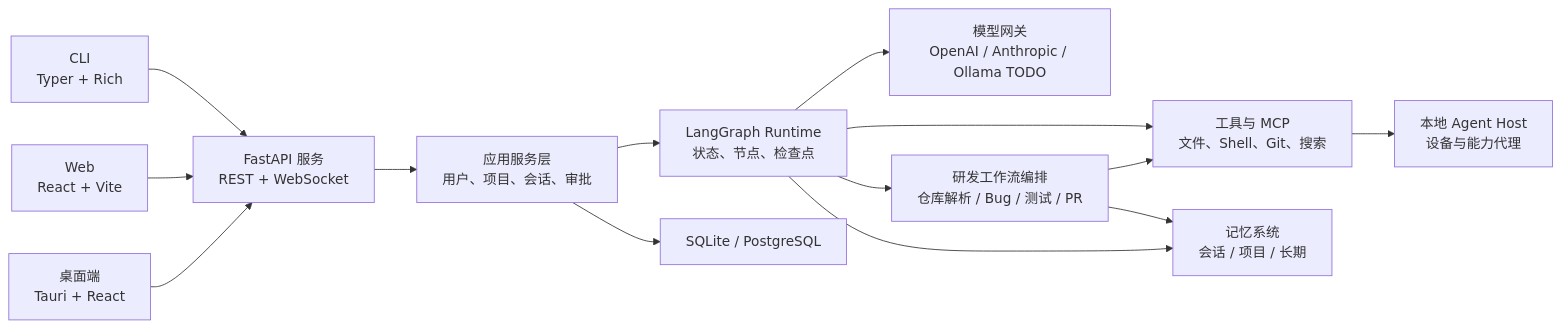
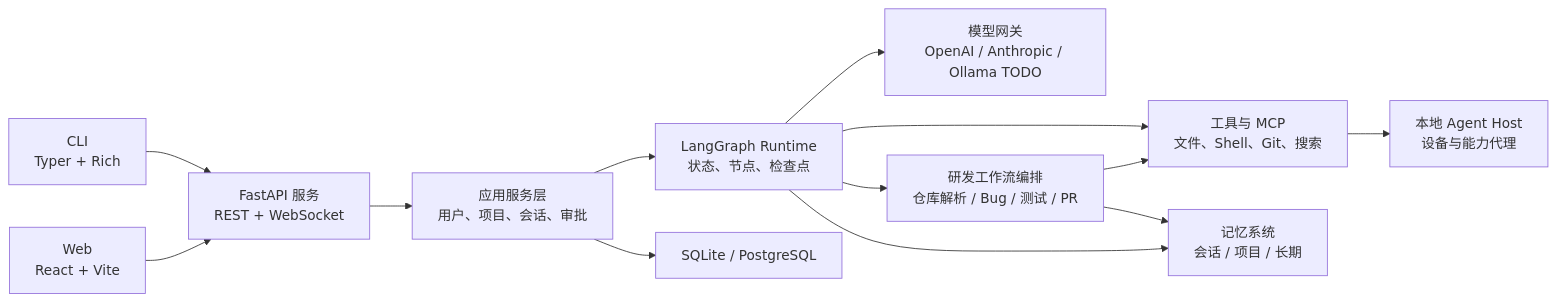
Before and after one commit to xainyu01/DevPilot: the first of 2 diagrams in 项目重写计划书.md, drawn with Mermaid. The commit also changed other lines of this file and 16 other files, not shown here.

````diff
--- a/项目重写计划书.md
+++ b/项目重写计划书.md
@@ -65,29 +65,27 @@
 ```mermaid
 flowchart LR
     CLI["CLI<br/>Typer + Rich"]
     WEB["Web<br/>React + Vite"]
-    DESKTOP["桌面端<br/>Tauri + React"]
     API["FastAPI 服务<br/>REST + WebSocket"]
     APP["应用服务层<br/>用户、项目、会话、审批"]
     GRAPH["LangGraph Runtime<br/>状态、节点、检查点"]
     MODEL["模型网关<br/>OpenAI / Anthropic / Ollama TODO"]
     TOOL["工具与 MCP<br/>文件、Shell、Git、搜索"]
     DEVFLOW["研发工作流编排<br/>仓库解析 / Bug / 测试 / PR"]
     MEMORY["记忆系统<br/>会话 / 项目 / 长期"]
     DB["SQLite / PostgreSQL"]
     HOST["本地 Agent Host<br/>设备与能力代理"]
 
     CLI --> API
     WEB --> API
-    DESKTOP --> API
     API --> APP
     APP --> GRAPH
     GRAPH --> MODEL
     GRAPH --> TOOL
     GRAPH --> DEVFLOW
     DEVFLOW --> TOOL
     DEVFLOW --> MEMORY
     GRAPH --> MEMORY
     APP --> DB
     TOOL --> HOST
 ```
````
